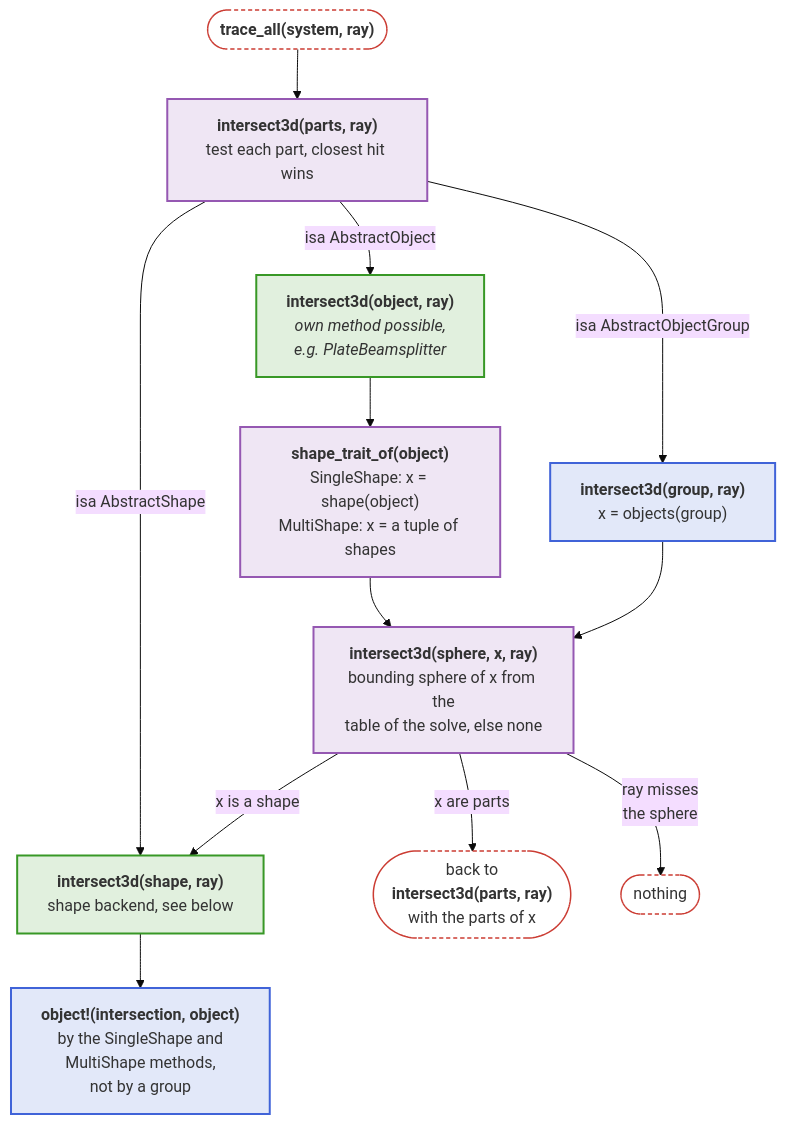
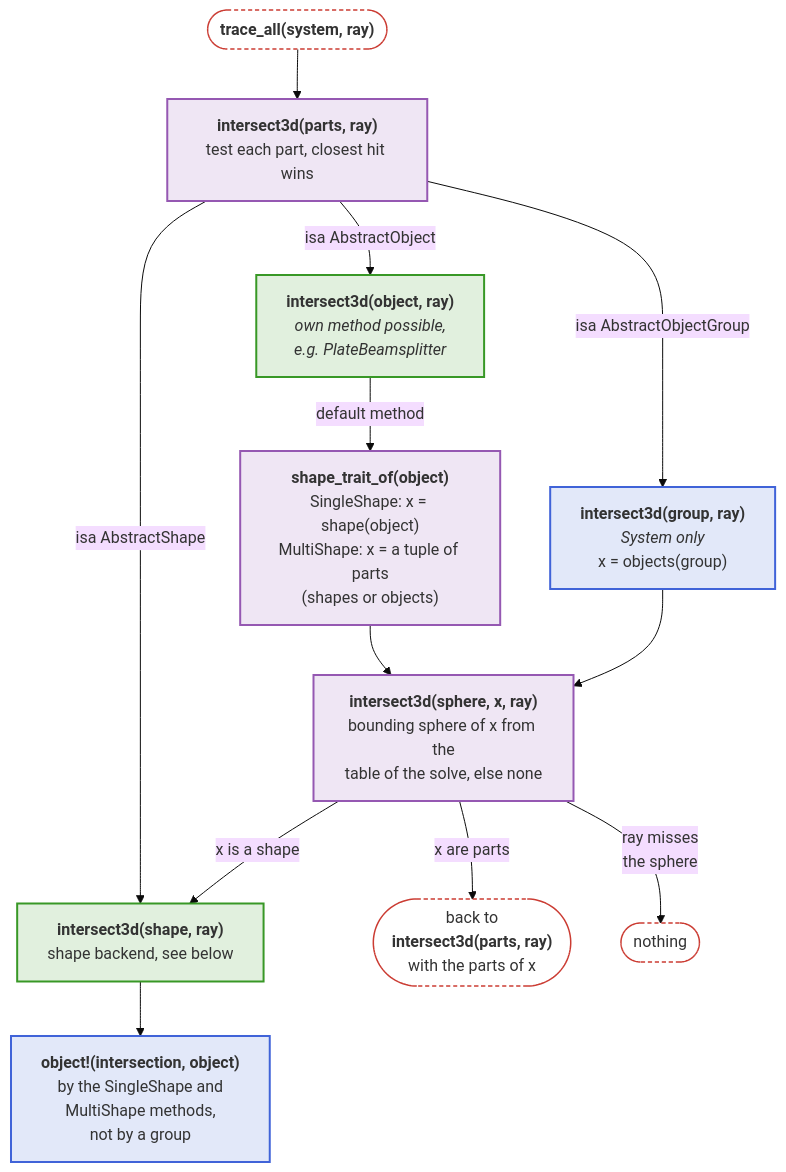
One commit to JuliaPhysics/BeamletOptics.jl changed the second of 6 diagrams in docs/src/api/core.md. Above: the diagram before and after it, drawn with Mermaid (base theme). The commit also changed other lines of this file and 63 other files, not shown here.

First line of the commit message:
Docs: align docs and docstrings with the code, drop color legends of the diagrams

````diff
--- a/docs/src/api/core.md
+++ b/docs/src/api/core.md
@@ -62,34 +63,34 @@
 ```mermaid
 flowchart TB
     TA(["<b>trace_all(system, ray)</b>"])
     P["<b>intersect3d(parts, ray)</b><br/>test each part, closest hit wins"]
-    G["<b>intersect3d(group, ray)</b><br/>x = objects(group)"]
+    G["<b>intersect3d(group, ray)</b><br/><i>System only</i><br/>x = objects(group)"]
     OJ["<b>intersect3d(object, ray)</b><br/><i>own method possible,<br/>e.g. PlateBeamsplitter</i>"]
-    T["<b>shape_trait_of(object)</b><br/>SingleShape: x = shape(object)<br/>MultiShape: x = a tuple of shapes"]
+    T["<b>shape_trait_of(object)</b><br/>SingleShape: x = shape(object)<br/>MultiShape: x = a tuple of parts<br/>(shapes or objects)"]
     PT["<b>intersect3d(sphere, x, ray)</b><br/>bounding sphere of x from the<br/>table of the solve, else none"]
     SH["<b>intersect3d(shape, ray)</b><br/>shape backend, see below"]
     OBJ["<b>object!(intersection, object)</b><br/>by the SingleShape and<br/>MultiShape methods,<br/>not by a group"]
     AGAIN(["back to<br/><b>intersect3d(parts, ray)</b><br/>with the parts of x"])
     MISS(["nothing"])
 
     TA --> P
     P -- "isa AbstractObject" --> OJ
     P -- "isa AbstractObjectGroup" --> G
     P -- "isa AbstractShape" --> SH
-    OJ --> T
+    OJ -- "default method" --> T
     T --> PT
     G --> PT
     PT -- "x is a shape" --> SH
     PT -- "x are parts" --> AGAIN
     PT -- "ray misses<br/>the sphere" --> MISS
     SH --> OBJ
 
     classDef blue fill:#4063D826,stroke:#4063D8,stroke-width:2px
     classDef green fill:#38982626,stroke:#389826,stroke-width:2px
     classDef purple fill:#9558B226,stroke:#9558B2,stroke-width:2px
     classDef terminal fill:transparent,stroke:#CB3C33,stroke-width:1.5px,stroke-dasharray:4 3
     class G,OBJ blue
     class OJ,SH green
     class P,T,PT purple
     class TA,AGAIN,MISS terminal
 ```
````
